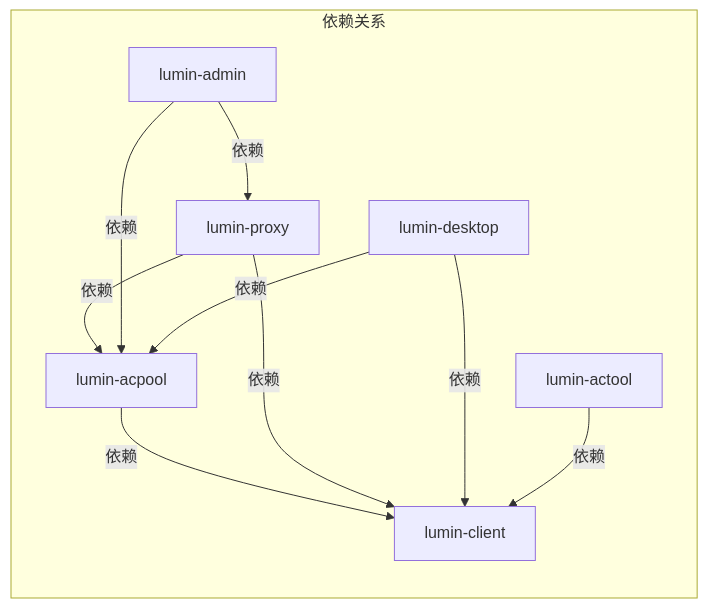
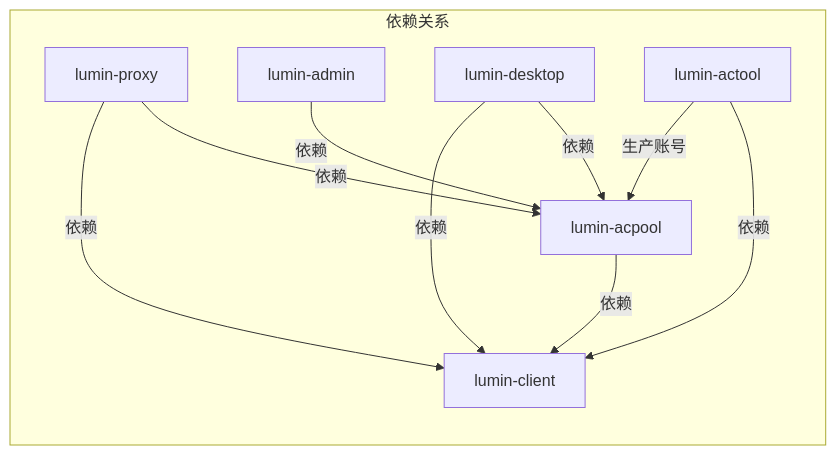
The second of 3 diagrams in docs/README_zh_CN.md (nomand-zc/lumin-acpool), drawn with Mermaid before and after one commit. The commit also changed other lines of this file and 1 other file, not shown here.

````diff
--- a/docs/README_zh_CN.md
+++ b/docs/README_zh_CN.md
@@ -83,20 +82,20 @@
 ```mermaid
 graph LR
     subgraph "依赖关系"
         CLIENT[lumin-client]
         ACPOOL[lumin-acpool]
         PROXY[lumin-proxy]
         ADMIN[lumin-admin]
         DESKTOP[lumin-desktop]
         ACTOOL[lumin-actool]
     end
 
     ACPOOL -->|依赖| CLIENT
     PROXY -->|依赖| ACPOOL
     PROXY -->|依赖| CLIENT
-    ADMIN -->|依赖| PROXY
     ADMIN -->|依赖| ACPOOL
     DESKTOP -->|依赖| ACPOOL
     DESKTOP -->|依赖| CLIENT
     ACTOOL -->|依赖| CLIENT
+    ACTOOL -->|生产账号| ACPOOL
 ```
````
